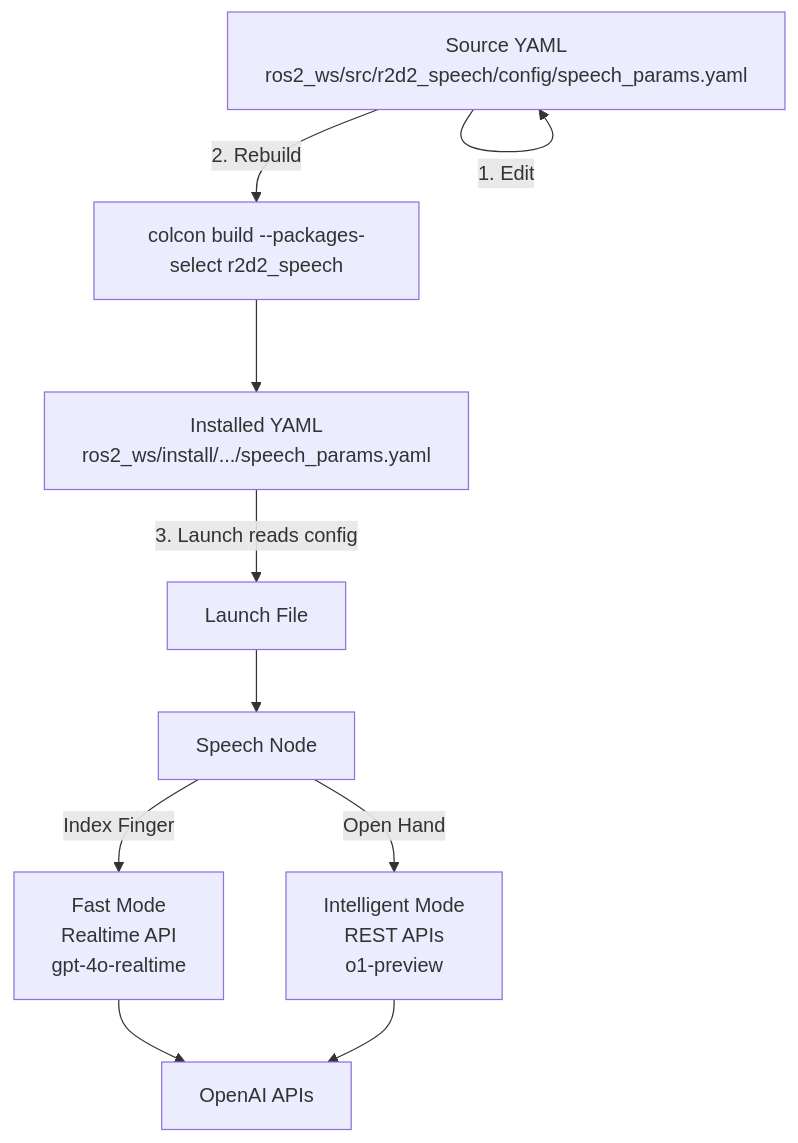
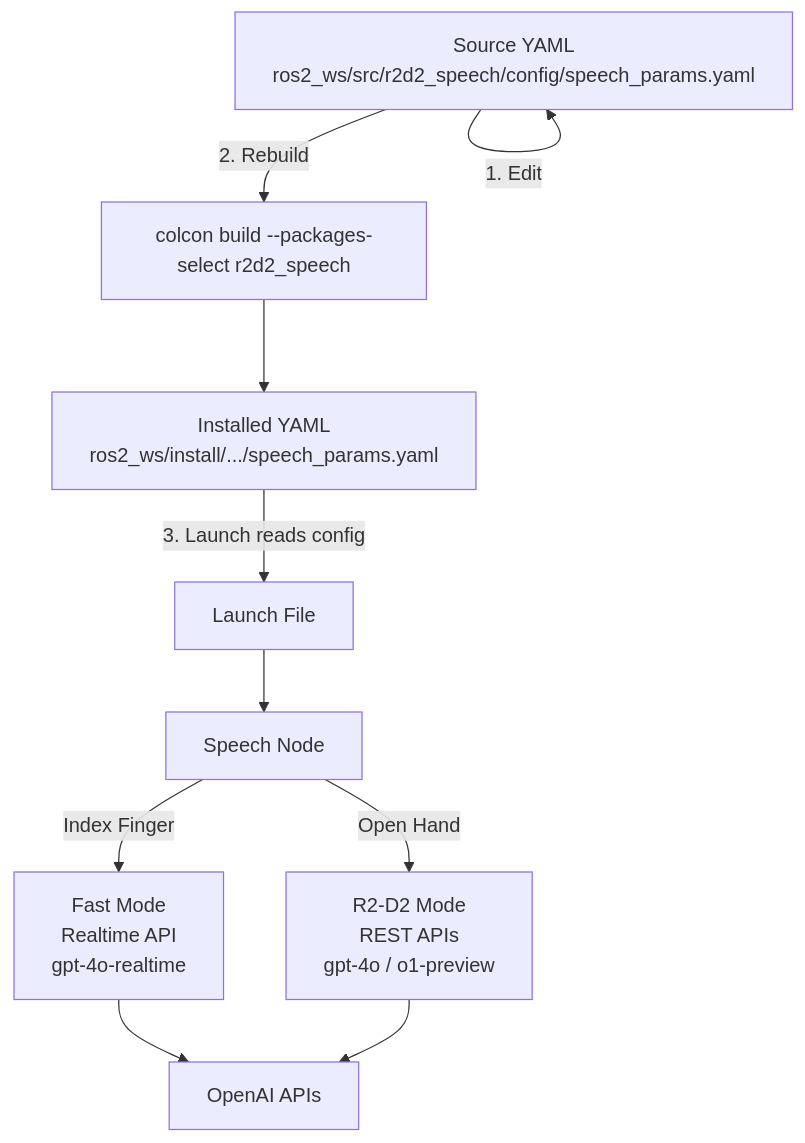
Before and after one commit to severinleuenberger/R2D2-as-real-AI-companion: the diagram in 204_SPEECH_SYSTEM_VOICE_CONFIGURATION.md, drawn with Mermaid. The commit also changed other lines of this file and 5 other files, not shown here.

First line of the commit message:
feat: R2-D2 Mode fully working - dual-mode gesture speech system complete

````diff
--- a/204_SPEECH_SYSTEM_VOICE_CONFIGURATION.md
+++ b/204_SPEECH_SYSTEM_VOICE_CONFIGURATION.md
@@ -436,30 +489,30 @@
 ```mermaid
 flowchart TD
     sourceYAML["Source YAML<br/>ros2_ws/src/r2d2_speech/config/speech_params.yaml"]
     
     colconBuild["colcon build --packages-select r2d2_speech"]
     
     installYAML["Installed YAML<br/>ros2_ws/install/.../speech_params.yaml"]
     
     launchFile["Launch File"]
     
     speechNode["Speech Node"]
     
     fastMode["Fast Mode<br/>Realtime API<br/>gpt-4o-realtime"]
     
-    intelligentMode["Intelligent Mode<br/>REST APIs<br/>o1-preview"]
+    r2d2Mode["R2-D2 Mode<br/>REST APIs<br/>gpt-4o / o1-preview"]
     
     openAI["OpenAI APIs"]
     
     sourceYAML -->|"1. Edit"| sourceYAML
     sourceYAML -->|"2. Rebuild"| colconBuild
     colconBuild --> installYAML
     installYAML -->|"3. Launch reads config"| launchFile
     launchFile --> speechNode
     
     speechNode -->|"Index Finger"| fastMode
-    speechNode -->|"Open Hand"| intelligentMode
+    speechNode -->|"Open Hand"| r2d2Mode
     
     fastMode --> openAI
-    intelligentMode --> openAI
+    r2d2Mode --> openAI
 ```
````
